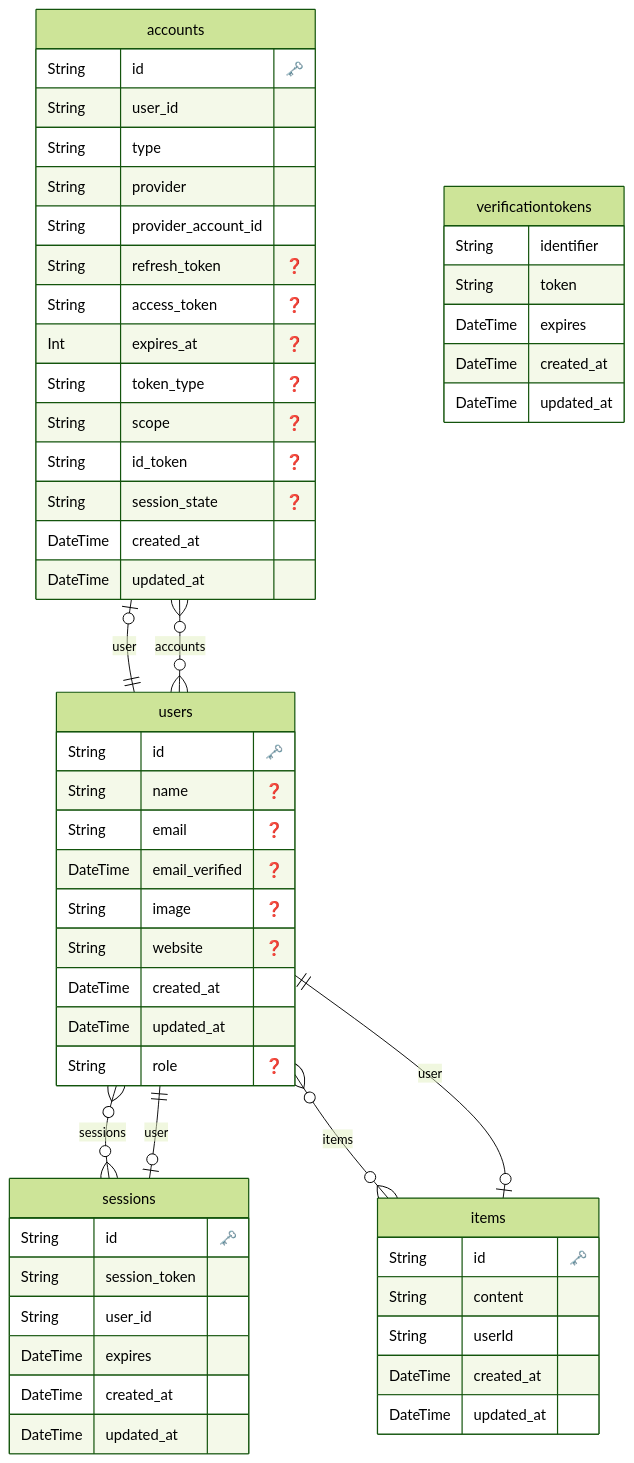
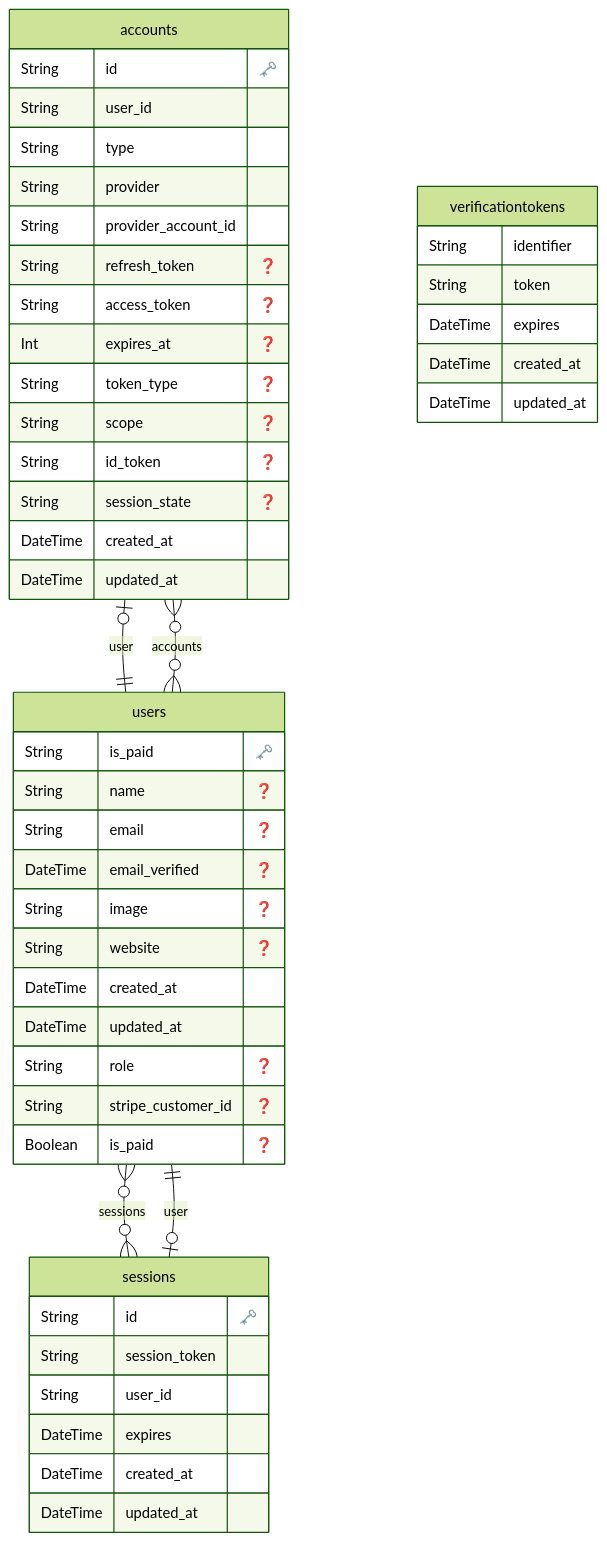
One commit to hiroppy/app-router_nexauth_prisma_stripe_sample changed the diagram in prisma/ERD.md. Above: the diagram before and after it, drawn with Mermaid (forest theme). The commit also changed 39 other files, not shown here.

````diff
--- a/prisma/ERD.md
+++ b/prisma/ERD.md
@@ -1,68 +1,59 @@
 ```mermaid
 erDiagram
 
   "accounts" {
     String id "🗝️"
     String user_id
     String type
     String provider
     String provider_account_id
     String refresh_token "❓"
     String access_token "❓"
     Int expires_at "❓"
     String token_type "❓"
     String scope "❓"
     String id_token "❓"
     String session_state "❓"
     DateTime created_at
     DateTime updated_at
     }
 
 
   "sessions" {
     String id "🗝️"
     String session_token
     String user_id
     DateTime expires
     DateTime created_at
     DateTime updated_at
     }
 
 
   "users" {
-    String id "🗝️"
+    String is_paid "🗝️"
     String name "❓"
     String email "❓"
     DateTime email_verified "❓"
     String image "❓"
     String website "❓"
     DateTime created_at
     DateTime updated_at
     String role "❓"
+    String stripe_customer_id "❓"
+    Boolean is_paid "❓"
     }
 
 
   "verificationtokens" {
     String identifier
     String token
     DateTime expires
     DateTime created_at
     DateTime updated_at
     }
 
-
-  "items" {
-    String id "🗝️"
-    String content
-    String userId
-    DateTime created_at
-    DateTime updated_at
-    }
-
     "accounts" o|--|| "users" : "user"
     "sessions" o|--|| "users" : "user"
     "users" o{--}o "accounts" : "accounts"
     "users" o{--}o "sessions" : "sessions"
-    "users" o{--}o "items" : "items"
-    "items" o|--|| "users" : "user"
 ```
````
